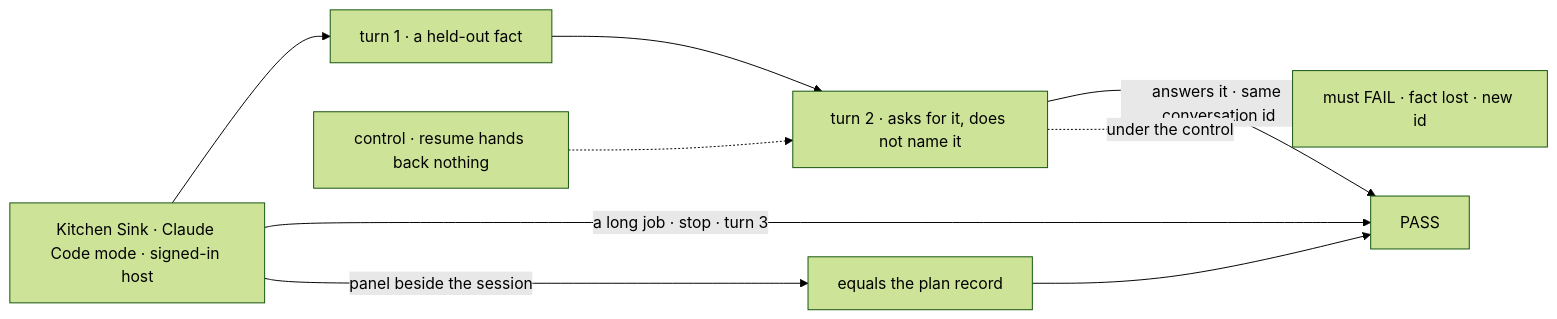
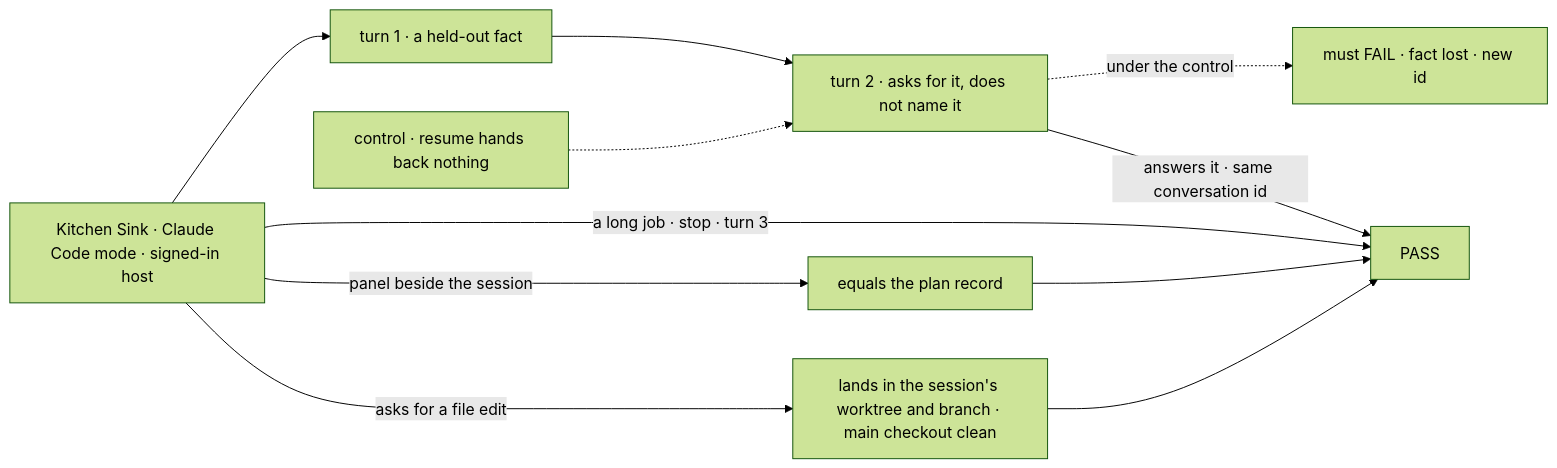
Before and after one commit to fixpoint-labs/flow-state-dev: the first of 2 diagrams in specs/issues/FIX-1915/SPEC.md, drawn with Mermaid (forest theme). The commit also changed other lines of this file and 6 other files, not shown here.

First line of the commit message:
spec(FIX-1915): review round 2, a worktree per session on this repository, one whole-list plan writer in core

````diff
--- a/specs/issues/FIX-1915/SPEC.md
+++ b/specs/issues/FIX-1915/SPEC.md
@@ -33,11 +34,13 @@
 ```mermaid
 flowchart LR
   A["Kitchen Sink · Claude Code mode · signed-in host"] --> T1["turn 1 · a held-out fact"]
   T1 --> T2["turn 2 · asks for it, does not name it"]
   T2 -->|"answers it · same conversation id"| P["PASS"]
   A -->|"a long job · stop · turn 3"| P
   A -->|"panel beside the session"| PL["equals the plan record"]
   PL --> P
+  A -->|"asks for a file edit"| W["lands in the session's worktree and branch · main checkout clean"]
+  W --> P
   C["control · resume hands back nothing"] -.-> T2
   T2 -.->|"under the control"| F["must FAIL · fact lost · new id"]
 ```
````
